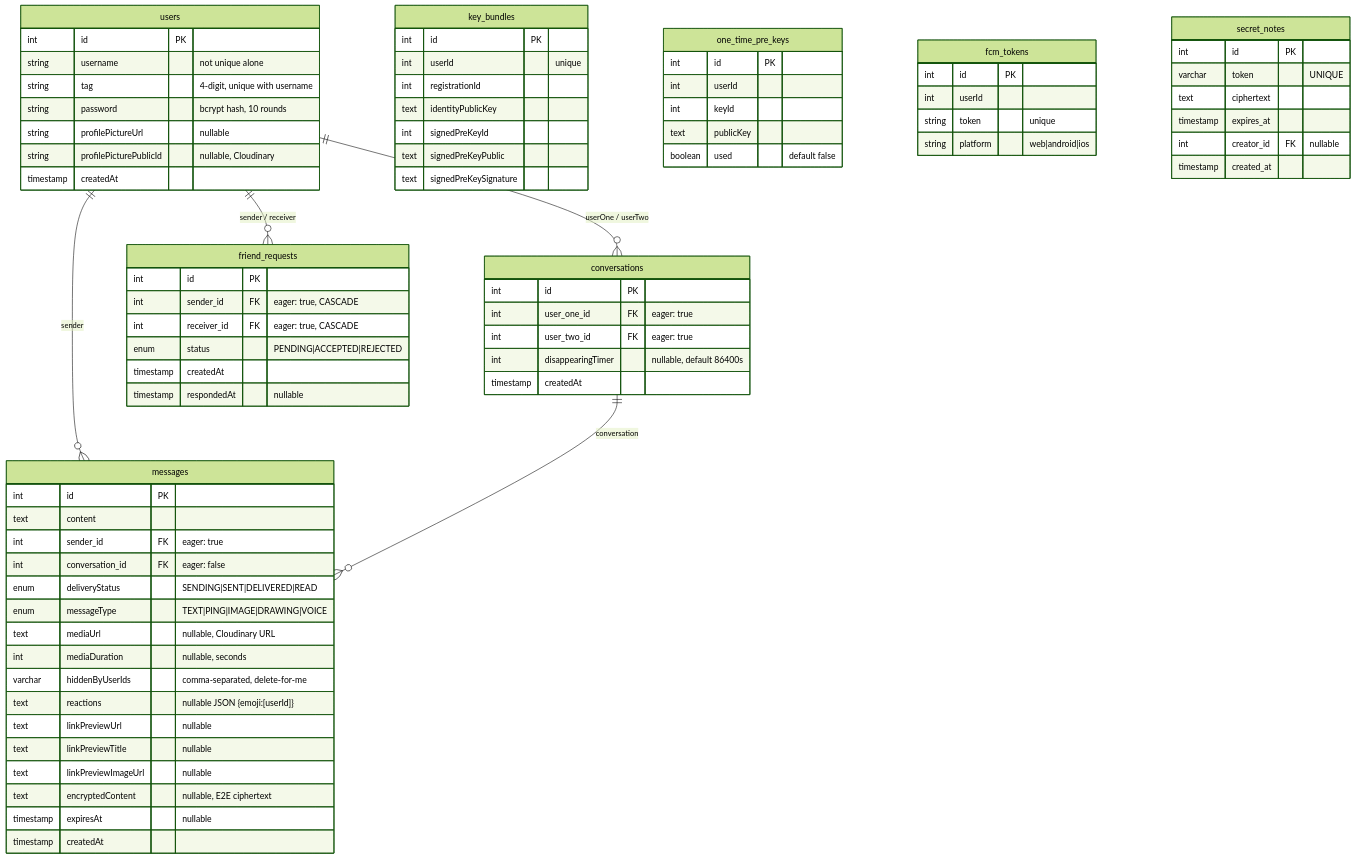
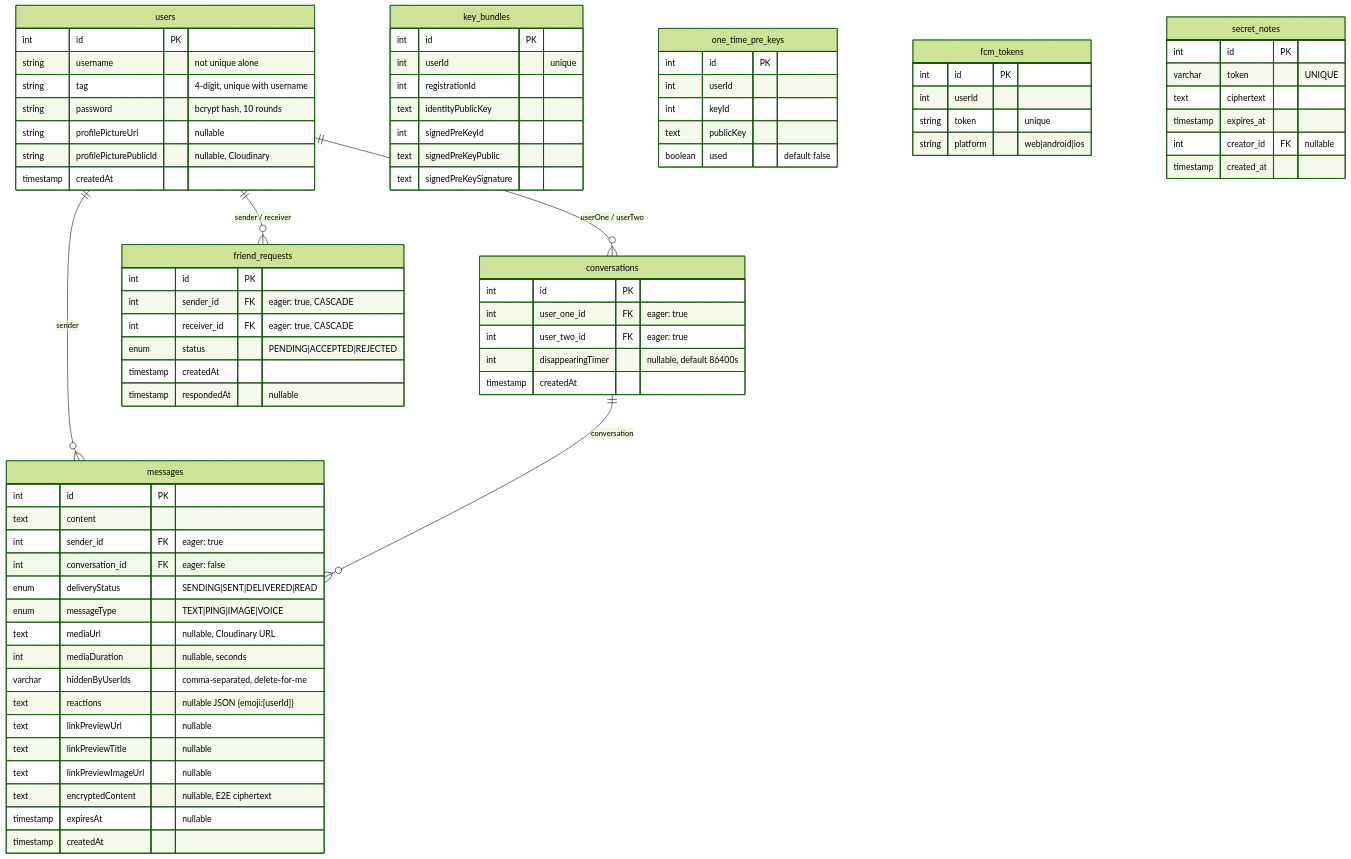
The second of 2 diagrams in CLAUDE.md (Lentach/Fireplace), drawn with Mermaid (forest theme) before and after one commit. The commit also changed other lines of this file, not shown here.

First line of the commit message:
docs: update CLAUDE.md for E2E all message types + drawing removal

```diff
--- a/CLAUDE.md
+++ b/CLAUDE.md
@@ -210,7 +210,7 @@
         int sender_id FK "eager: true"
         int conversation_id FK "eager: false"
         enum deliveryStatus "SENDING|SENT|DELIVERED|READ"
-        enum messageType "TEXT|PING|IMAGE|DRAWING|VOICE"
+        enum messageType "TEXT|PING|IMAGE|VOICE"
         text mediaUrl "nullable, Cloudinary URL"
         int mediaDuration "nullable, seconds"
         varchar hiddenByUserIds "comma-separated, delete-for-me"
```
